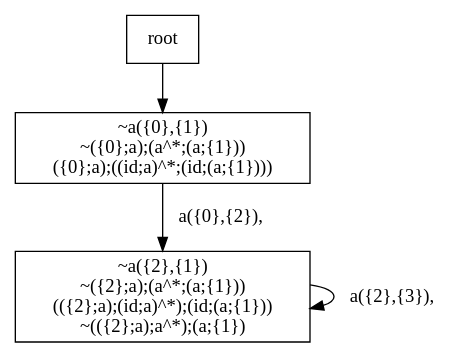
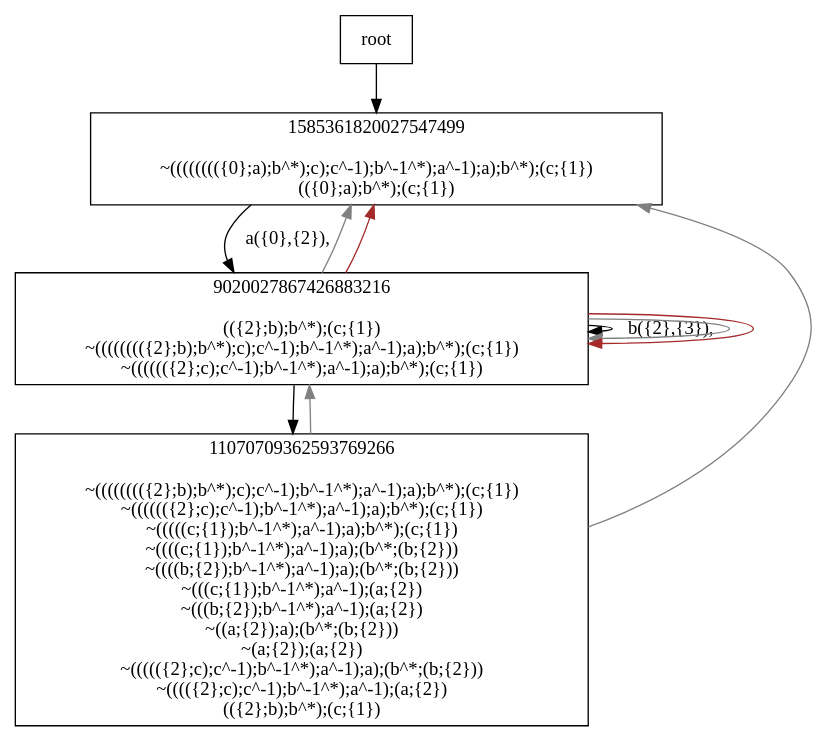
Before and after one commit to jangreen/rat: the diagram in output/regular.dot, drawn with Graphviz. The commit also changed 13 other files, not shown here.

```diff
--- a/output/regular.dot
+++ b/output/regular.dot
@@ -1,17 +1,42 @@
 digraph {
 node[shape="box"]
-N0x150807430[label="~a({0},{1})
-~({0};a);(a^*;(a;{1}))
-({0};a);((id;a)^*;(id;(a;{1})))
+N0x13ae2c1b0[label="1585361820027547499
+
+~(((((((({0};a);b^*);c);c^-1);b^-1^*);a^-1);a);b^*);(c;{1})
+(({0};a);b^*);(c;{1})
 "];
-N0x150807430 -> N0x150906680[label="a({0},{2}), 
+N0x13ae2c1b0 -> N0x13ae43ba0[label="a({0},{2}), 
 "];
-N0x150906680[label="~a({2},{1})
-~({2};a);(a^*;(a;{1}))
-(({2};a);(id;a)^*);(id;(a;{1}))
-~(({2};a);a^*);(a;{1})
+N0x13ae43ba0[label="9020027867426883216
+
+(({2};b);b^*);(c;{1})
+~(((((((({2};b);b^*);c);c^-1);b^-1^*);a^-1);a);b^*);(c;{1})
+~(((((({2};c);c^-1);b^-1^*);a^-1);a);b^*);(c;{1})
 "];
-N0x150906680 -> N0x150906680[label="a({2},{3}), 
+N0x13ae43ba0 -> N0x13ae43ba0[label="b({2},{3}), 
 "];
-root -> N0x150807430;
+N0x13ae43ba0 -> N0x13c20b660[label="
+"];
+N0x13ae43ba0 -> N0x13ae2c1b0[color="grey"];
+N0x13ae43ba0 -> N0x13ae43ba0[color="grey"];
+N0x13ae43ba0 -> N0x13ae2c1b0[color="brown"];
+N0x13ae43ba0 -> N0x13ae43ba0[color="brown"];
+N0x13c20b660[label="11070709362593769266
+
+~(((((((({2};b);b^*);c);c^-1);b^-1^*);a^-1);a);b^*);(c;{1})
+~(((((({2};c);c^-1);b^-1^*);a^-1);a);b^*);(c;{1})
+~(((((c;{1});b^-1^*);a^-1);a);b^*);(c;{1})
+~((((c;{1});b^-1^*);a^-1);a);(b^*;(b;{2}))
+~((((b;{2});b^-1^*);a^-1);a);(b^*;(b;{2}))
+~(((c;{1});b^-1^*);a^-1);(a;{2})
+~(((b;{2});b^-1^*);a^-1);(a;{2})
+~((a;{2});a);(b^*;(b;{2}))
+~(a;{2});(a;{2})
+~((((({2};c);c^-1);b^-1^*);a^-1);a);(b^*;(b;{2}))
+~(((({2};c);c^-1);b^-1^*);a^-1);(a;{2})
+(({2};b);b^*);(c;{1})
+"];
+N0x13c20b660 -> N0x13ae2c1b0[color="grey"];
+N0x13c20b660 -> N0x13ae43ba0[color="grey"];
+root -> N0x13ae2c1b0;
 }
```
